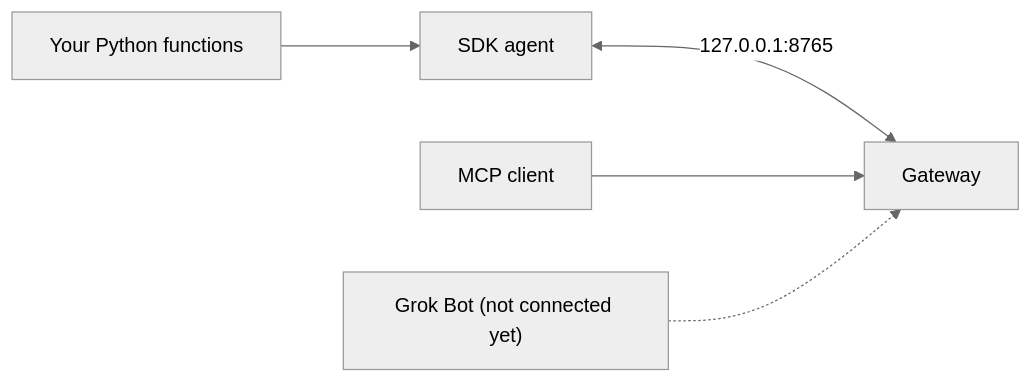
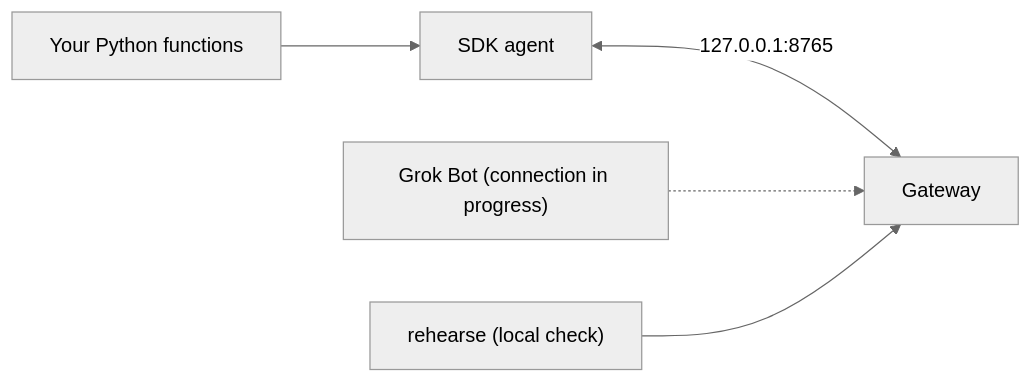
One commit to adidshaft/grok-gadgets-linux-sdk changed the diagram in README.md. Above: the diagram before and after it, drawn with Mermaid (neutral theme). The commit also changed other lines of this file and 6 other files, not shown here.

First line of the commit message:
docs(LIN-GROK-001): describe Grok Bot as the only assistant

````diff
--- a/README.md
+++ b/README.md
@@ -46,7 +46,7 @@
 ```mermaid
 flowchart LR
     A["Your Python functions"] --> S["SDK agent"]
     S <-->|"127.0.0.1:8765"| G["Gateway"]
-    C["MCP client"] --> G
-    B["Grok Bot (not connected yet)"] -.-> G
+    B["Grok Bot (connection in progress)"] -.-> G
+    R["rehearse (local check)"] --> G
 ```
````
